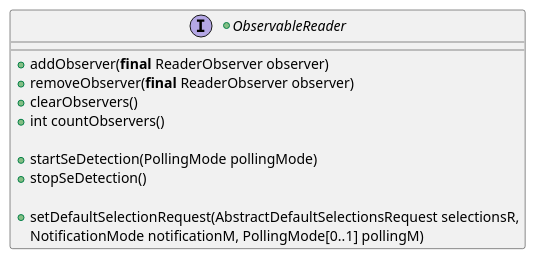
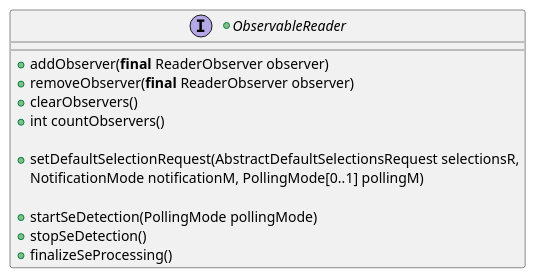
Diagram 30 of 49 in src/KeypleCoreApi/ApplicationApi/puml/KeypleCore-ApplicationApi-ClassDiag-SE_Proxy-ClassElements.iuml (calypsonet/keyple), drawn with PlantUML before and after one commit. The commit also changed other lines of this file and 44 other files, not shown here.

```diff
--- a/src/KeypleCoreApi/ApplicationApi/puml/KeypleCore-ApplicationApi-ClassDiag-SE_Proxy-ClassElements.iuml
+++ b/src/KeypleCoreApi/ApplicationApi/puml/KeypleCore-ApplicationApi-ClassDiag-SE_Proxy-ClassElements.iuml
@@ -339,15 +338,15 @@
 @startuml(id=SEPROXY_OBSERVABLEREADER_0_9_0)
 +interface ObservableReader {
   +addObserver(<b>final</b> ReaderObserver observer)
   +removeObserver(<b>final</b> ReaderObserver observer)
   +clearObservers()
   +int countObservers()
 
+  +setDefaultSelectionRequest(AbstractDefaultSelectionsRequest selectionsR,
+    NotificationMode notificationM, PollingMode[0..1] pollingM)
+
   +startSeDetection(PollingMode pollingMode)
   +stopSeDetection()
-'  +notifySeProcessed()
-
-  +setDefaultSelectionRequest(AbstractDefaultSelectionsRequest selectionsR,
-    NotificationMode notificationM, PollingMode[0..1] pollingM)
+  +finalizeSeProcessing()
 }
 @enduml
```
